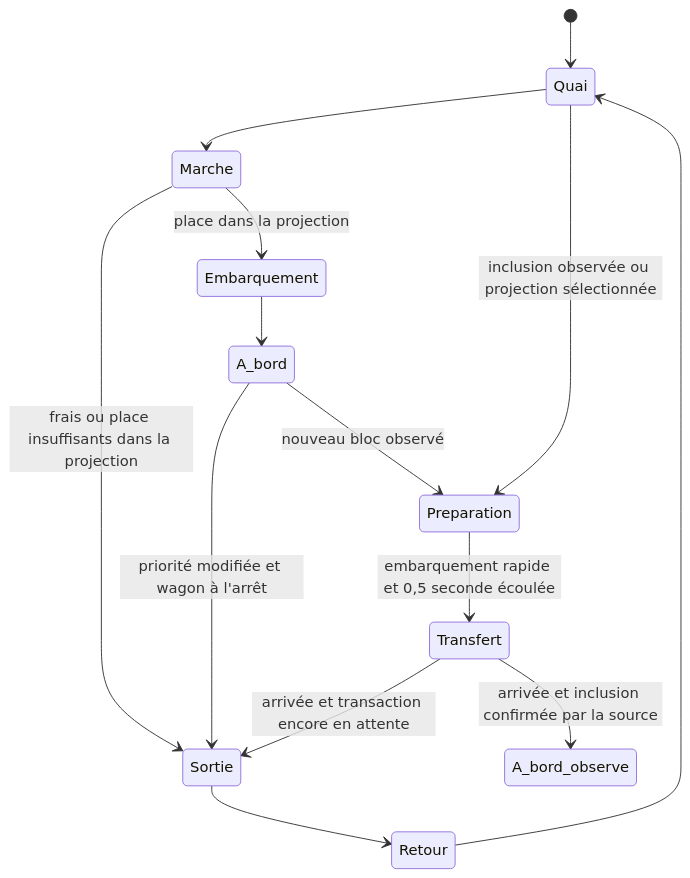
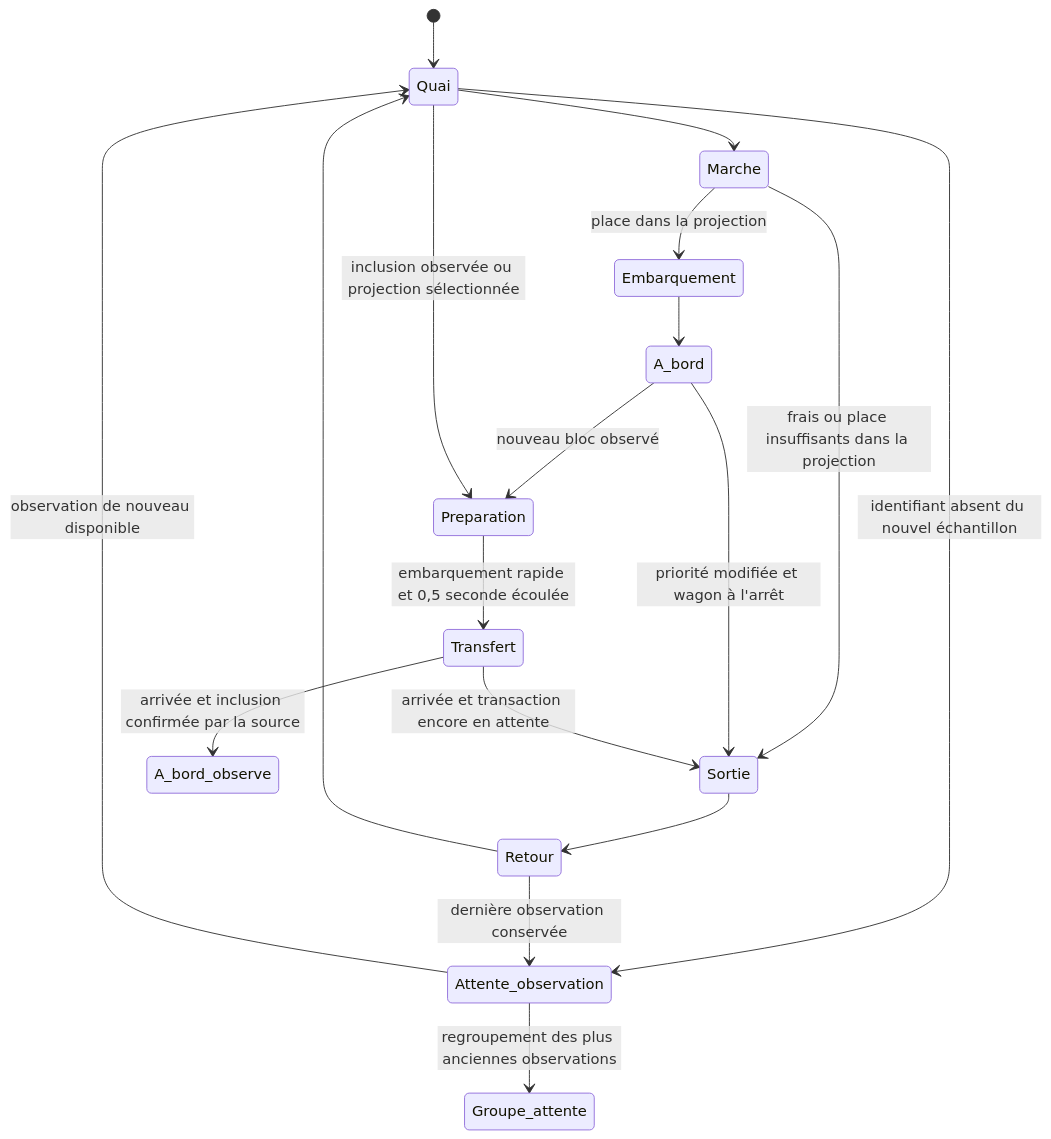
Before and after one commit to arnaud71/blocklane: the diagram in docs/animation.md, drawn with Mermaid. The commit also changed other lines of this file and 9 other files, not shown here.

````diff
--- a/docs/animation.md
+++ b/docs/animation.md
@@ -7,16 +7,20 @@
 ```mermaid
 stateDiagram-v2
     [*] --> Quai
     Quai --> Marche
     Marche --> Embarquement: place dans la projection
     Embarquement --> A_bord
     Marche --> Sortie: frais ou place insuffisants dans la projection
     A_bord --> Sortie: priorité modifiée et wagon à l'arrêt
     A_bord --> Preparation: nouveau bloc observé
     Quai --> Preparation: inclusion observée ou projection sélectionnée
     Preparation --> Transfert: embarquement rapide et 0,5 seconde écoulée
     Transfert --> A_bord_observe: arrivée et inclusion confirmée par la source
     Transfert --> Sortie: arrivée et transaction encore en attente
     Sortie --> Retour
     Retour --> Quai
+    Quai --> Attente_observation: identifiant absent du nouvel échantillon
+    Retour --> Attente_observation: dernière observation conservée
+    Attente_observation --> Quai: observation de nouveau disponible
+    Attente_observation --> Groupe_attente: regroupement des plus anciennes observations
 ```
````
